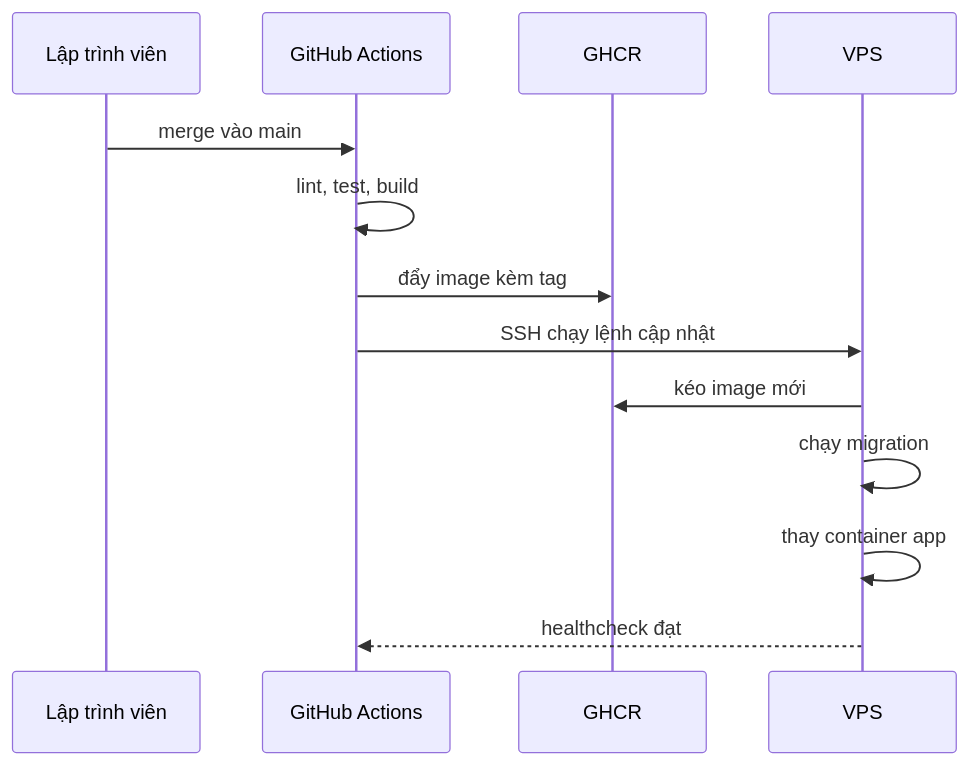
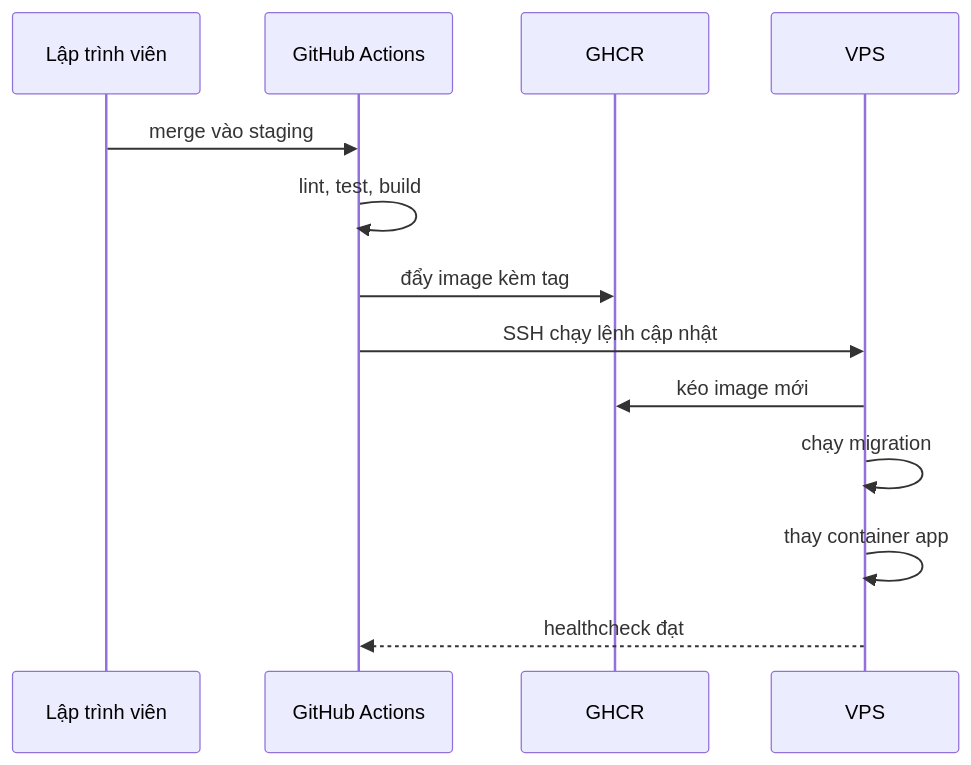
One commit to A2MaTex/a2matex-be changed the second of 2 diagrams in docs/deployment-spec.md. Above: the diagram before and after it, drawn with Mermaid. The commit also changed other lines of this file and 4 other files, not shown here.

First line of the commit message:
ci: deploy from staging instead of main, document object storage env

````diff
--- a/docs/deployment-spec.md
+++ b/docs/deployment-spec.md
@@ -65,15 +65,15 @@
 ```mermaid
 sequenceDiagram
     participant Dev as Lập trình viên
     participant GH as GitHub Actions
     participant Reg as GHCR
     participant VPS as VPS
-    Dev->>GH: merge vào main
+    Dev->>GH: merge vào staging
     GH->>GH: lint, test, build
     GH->>Reg: đẩy image kèm tag
     GH->>VPS: SSH chạy lệnh cập nhật
     VPS->>Reg: kéo image mới
     VPS->>VPS: chạy migration
     VPS->>VPS: thay container app
     VPS-->>GH: healthcheck đạt
 ```
````
